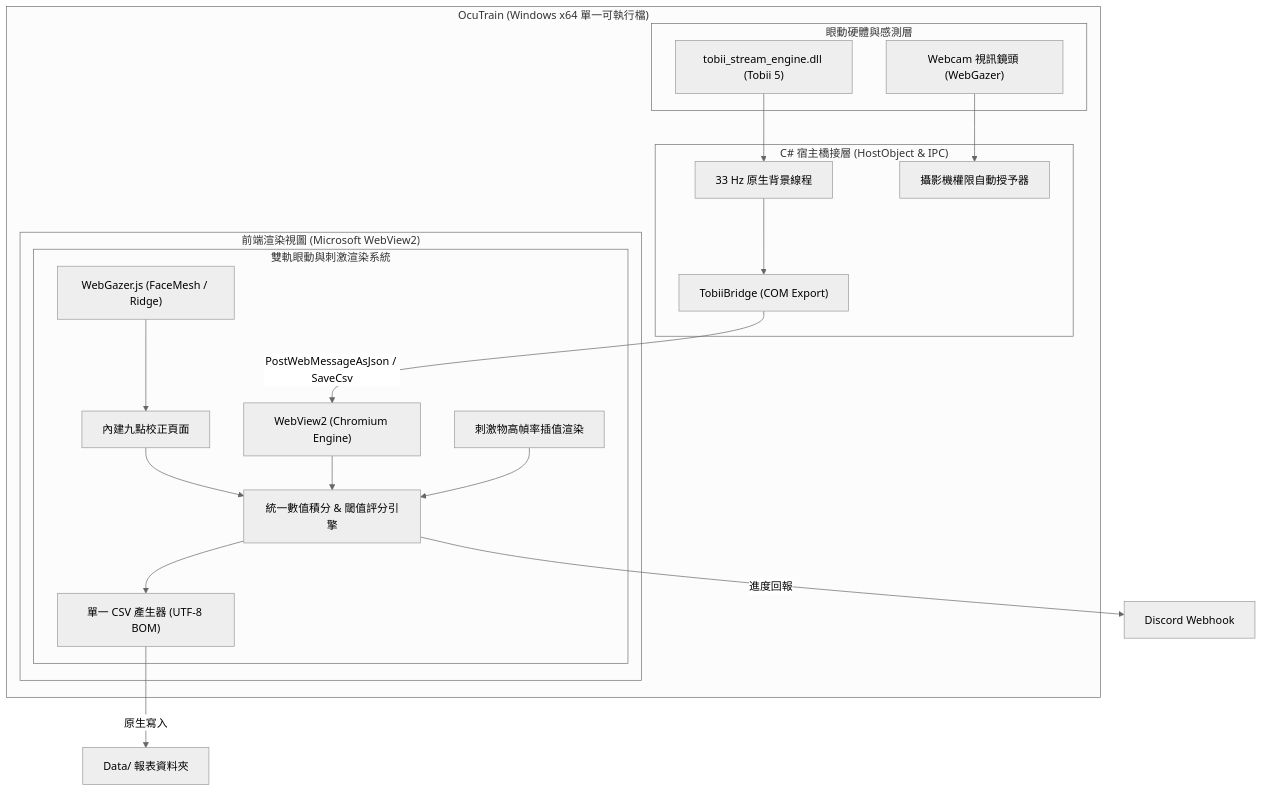
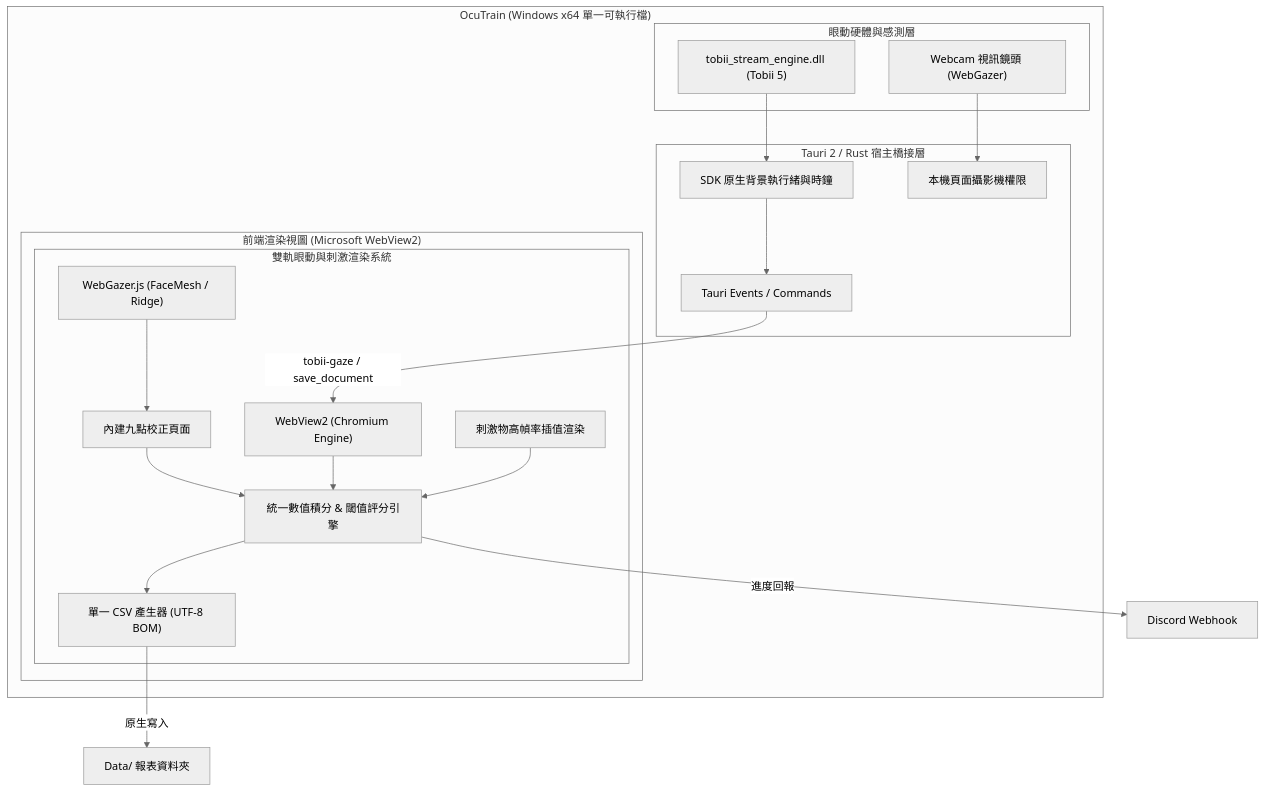
The diagram in PRD_TRD_眼動訓練系統.md (ian030590/OcuTrain), drawn with Mermaid (neutral theme) before and after one commit. The commit also changed other lines of this file and 28 other files, not shown here.

First line of the commit message:
feat: migrate Windows host to Tauri 2

````diff
--- a/PRD_TRD_眼動訓練系統.md
+++ b/PRD_TRD_眼動訓練系統.md
@@ -220,38 +211,38 @@
 ```mermaid
 flowchart TD
     subgraph HostApp ["OcuTrain (Windows x64 單一可執行檔)"]
         subgraph HardwareDrivers ["眼動硬體與感測層"]
             TobiiDLL["tobii_stream_engine.dll (Tobii 5)"]
             CameraFeed["Webcam 視訊鏡頭 (WebGazer)"]
         end
 
-        subgraph BridgeLayer ["C# 宿主橋接層 (HostObject & IPC)"]
-            NativeWorker["33 Hz 原生背景線程"]
-            HostBridge["TobiiBridge (COM Export)"]
-            PermManager["攝影機權限自動授予器"]
+        subgraph BridgeLayer ["Tauri 2 / Rust 宿主橋接層"]
+            NativeWorker["SDK 原生背景執行緒與時鐘"]
+            HostBridge["Tauri Events / Commands"]
+            PermManager["本機頁面攝影機權限"]
             
             TobiiDLL --> NativeWorker --> HostBridge
             CameraFeed --> PermManager
         end
 
         subgraph ViewLayer ["前端渲染視圖 (Microsoft WebView2)"]
             WebView["WebView2 (Chromium Engine)"]
-            HostBridge -->|PostWebMessageAsJson / SaveCsv| WebView
+            HostBridge -->|tobii-gaze / save_document| WebView
             
             subgraph DualGazeEngine ["雙軌眼動與刺激渲染系統"]
                 WebGazerScript["WebGazer.js (FaceMesh / Ridge)"]
                 NinePointCalib["內建九點校正頁面"]
                 StimEngine["刺激物高幀率插值渲染"]
                 UnifiedScoring["統一數值積分 & 閾值評分引擎"]
                 UnifiedCSV["單一 CSV 產生器 (UTF-8 BOM)"]
                 
                 WebGazerScript --> NinePointCalib --> UnifiedScoring
                 WebView --> UnifiedScoring
                 StimEngine --> UnifiedScoring --> UnifiedCSV
             end
         end
     end
 
     UnifiedCSV -->|原生寫入| LocalCSV["Data/ 報表資料夾"]
     UnifiedScoring -->|進度回報| Webhook["Discord Webhook"]
 ```
````
